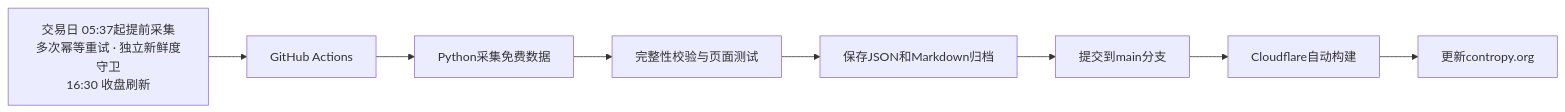
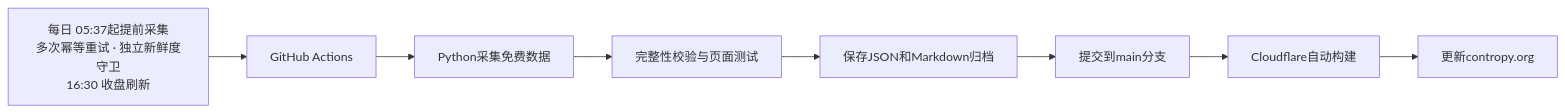
One commit to liao497/contropy-site changed the diagram in README.md. Above: the diagram before and after it, drawn with Mermaid. The commit also changed other lines of this file and 6 other files, not shown here.

````diff
--- a/README.md
+++ b/README.md
@@ -27,10 +27,10 @@
 ```mermaid
 flowchart LR
-    A[交易日 05:37起提前采集<br/>多次幂等重试 · 独立新鲜度守卫<br/>16:30 收盘刷新] --> B[GitHub Actions]
+    A[每日 05:37起提前采集<br/>多次幂等重试 · 独立新鲜度守卫<br/>16:30 收盘刷新] --> B[GitHub Actions]
     B --> C[Python采集免费数据]
     C --> D[完整性校验与页面测试]
     D --> E[保存JSON和Markdown归档]
     E --> F[提交到main分支]
     F --> G[Cloudflare自动构建]
     G --> H[更新contropy.org]
 ```
````
